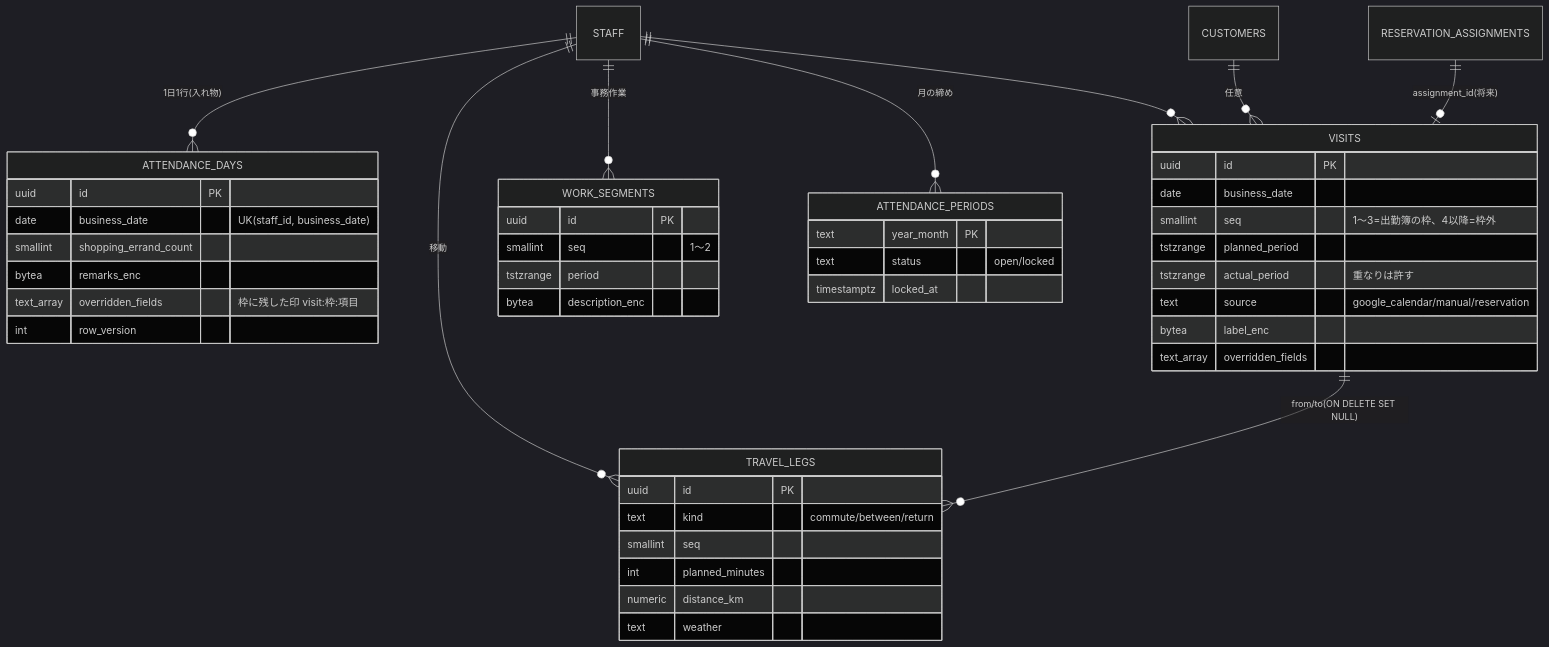
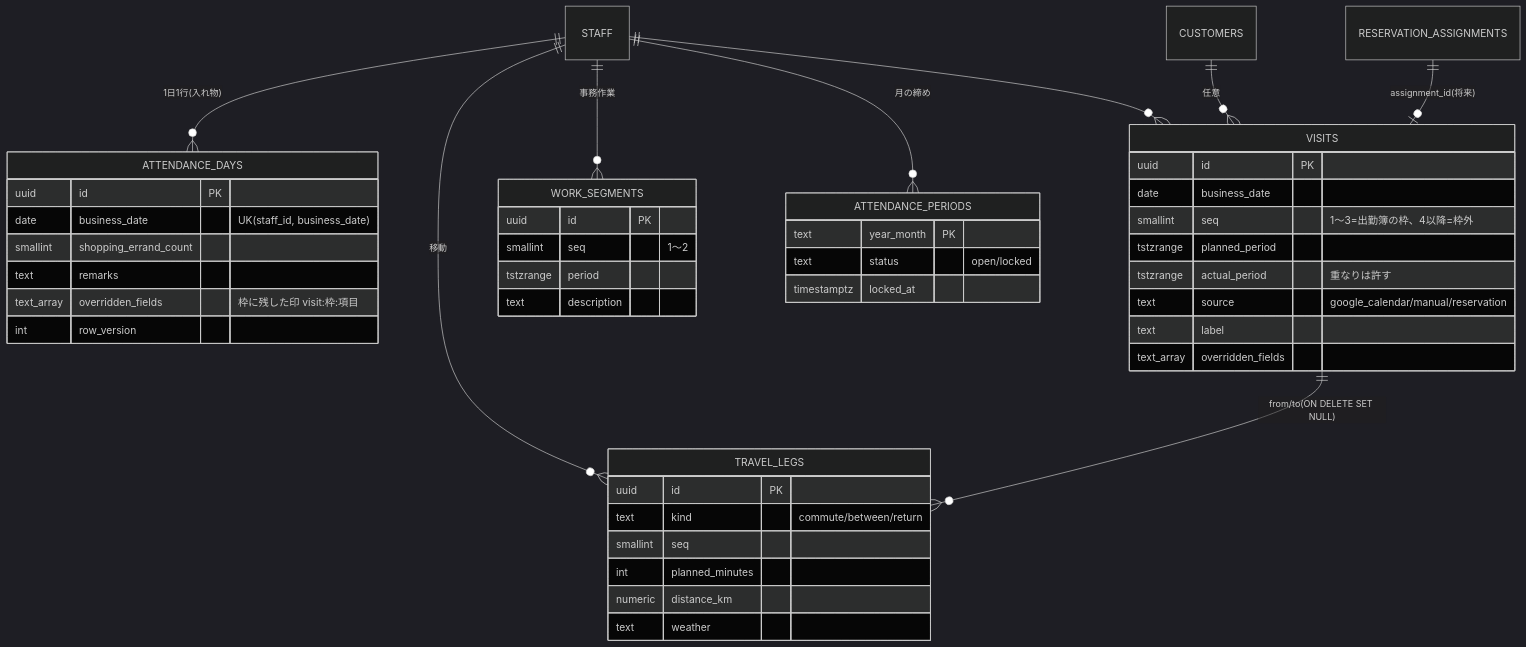
One commit to katahimo-dev/katahimo-app changed the third of 5 diagrams in doc/03_データベース設計.md. Above: the diagram before and after it, drawn with Mermaid (dark theme). The commit also changed other lines of this file and 13 other files, not shown here.

````diff
--- a/doc/03_データベース設計.md
+++ b/doc/03_データベース設計.md
@@ -186,49 +181,49 @@
 ```mermaid
 erDiagram
     STAFF ||--o{ ATTENDANCE_DAYS : "1日1行(入れ物)"
     STAFF ||--o{ VISITS : ""
     STAFF ||--o{ WORK_SEGMENTS : "事務作業"
     STAFF ||--o{ TRAVEL_LEGS : "移動"
     STAFF ||--o{ ATTENDANCE_PERIODS : "月の締め"
     CUSTOMERS ||--o{ VISITS : "任意"
     VISITS ||--o{ TRAVEL_LEGS : "from/to(ON DELETE SET NULL)"
     RESERVATION_ASSIGNMENTS ||--o| VISITS : "assignment_id(将来)"
 
     ATTENDANCE_DAYS {
         uuid id PK
         date business_date "UK(staff_id, business_date)"
         smallint shopping_errand_count
-        bytea remarks_enc
+        text remarks
         text_array overridden_fields "枠に残した印 visit:枠:項目"
         int row_version
     }
     VISITS {
         uuid id PK
         date business_date
         smallint seq "1〜3=出勤簿の枠、4以降=枠外"
         tstzrange planned_period
         tstzrange actual_period "重なりは許す"
         text source "google_calendar/manual/reservation"
-        bytea label_enc
+        text label
         text_array overridden_fields
     }
     WORK_SEGMENTS {
         uuid id PK
         smallint seq "1〜2"
         tstzrange period
-        bytea description_enc
+        text description
     }
     TRAVEL_LEGS {
         uuid id PK
         text kind "commute/between/return"
         smallint seq
         int planned_minutes
         numeric distance_km
         text weather
     }
     ATTENDANCE_PERIODS {
         text year_month PK
         text status "open/locked"
         timestamptz locked_at
     }
 ```
````
